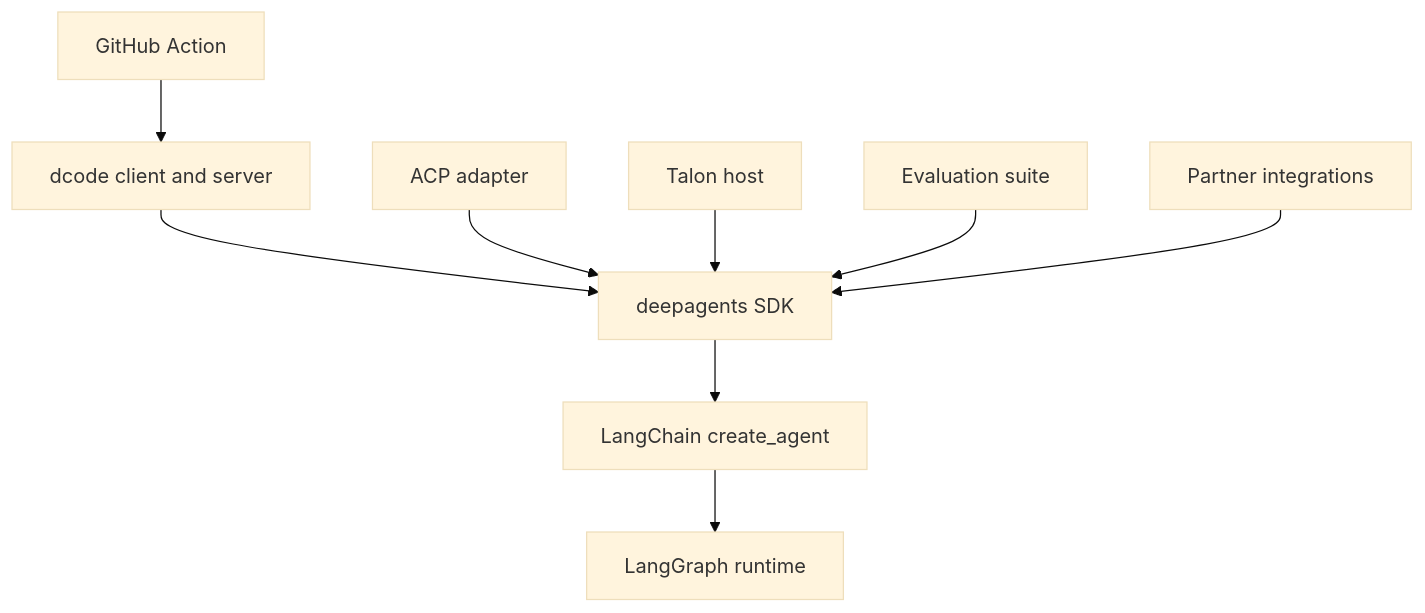
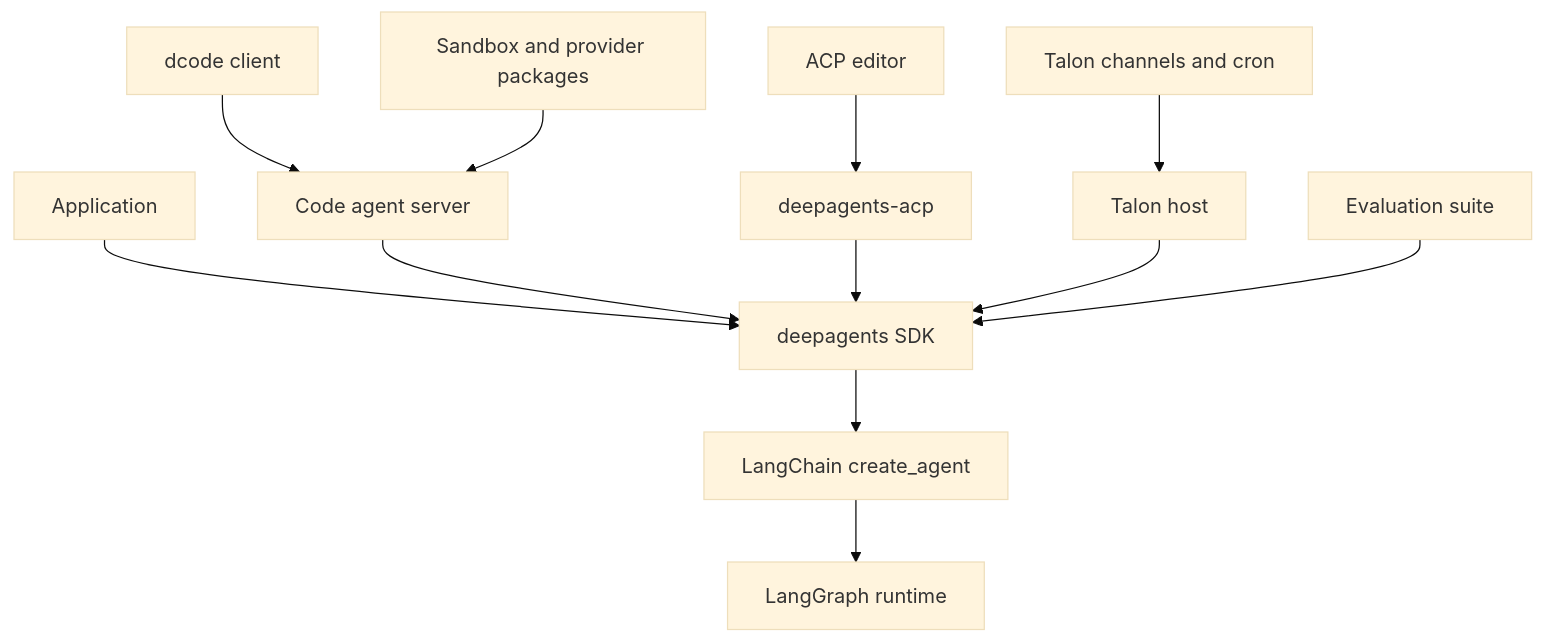
One commit to langchain-ai/deepagents changed the first of 2 diagrams in openwiki/architecture/source-map.md. Above: the diagram before and after it, drawn with Mermaid (base theme). The commit also changed other lines of this file and 26 other files, not shown here.

````diff
--- a/openwiki/architecture/source-map.md
+++ b/openwiki/architecture/source-map.md
@@ -39,11 +51,14 @@
 ```mermaid
 flowchart TD
-    SDK["deepagents SDK"] --> Chain["LangChain create_agent"]
-    Chain --> Graph["LangGraph runtime"]
-    Dcode["dcode client and server"] --> SDK
-    ACP["ACP adapter"] --> SDK
-    Talon["Talon host"] --> SDK
-    Evals["Evaluation suite"] --> SDK
-    Partners["Partner integrations"] --> SDK
-    Action["GitHub Action"] --> Dcode
+  App["Application"] --> SDK["deepagents SDK"]
+  CodeClient["dcode client"] --> CodeServer["Code agent server"]
+  CodeServer --> SDK
+  Editor["ACP editor"] --> ACP["deepagents-acp"]
+  ACP --> SDK
+  Channels["Talon channels and cron"] --> Talon["Talon host"]
+  Talon --> SDK
+  Evals["Evaluation suite"] --> SDK
+  Partners["Sandbox and provider packages"] --> CodeServer
+  SDK --> LangChain["LangChain create_agent"]
+  LangChain --> LangGraph["LangGraph runtime"]
 ```
````
